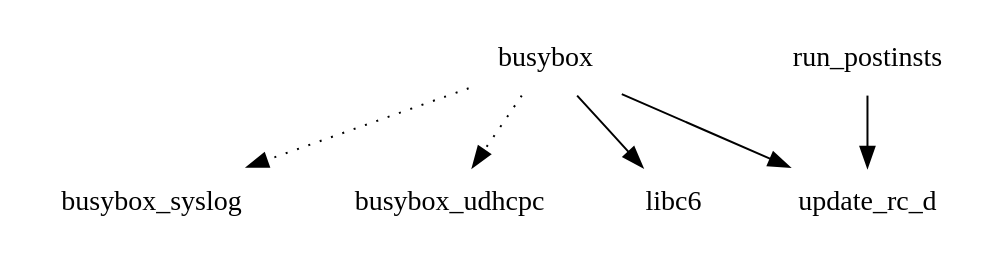
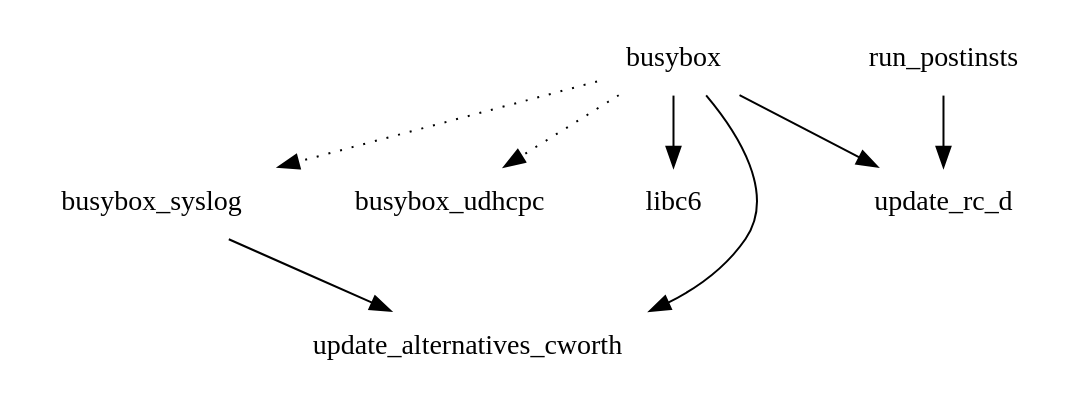
The diagram in images/tuna/eglibc/chroot-image/depends.dot (shr-distribution/buildhistory-old), drawn with Graphviz before and after one commit. The commit also changed 17 other files, not shown here.

```diff
--- a/images/tuna/eglibc/chroot-image/depends.dot
+++ b/images/tuna/eglibc/chroot-image/depends.dot
@@ -1,8 +1,10 @@
 digraph depends {
     node [shape=plaintext]
 busybox -> busybox_syslog [style=dotted];
 busybox -> busybox_udhcpc [style=dotted];
 busybox -> libc6;
+busybox -> update_alternatives_cworth;
 busybox -> update_rc_d;
+busybox_syslog -> update_alternatives_cworth;
 run_postinsts -> update_rc_d;
 }
```
